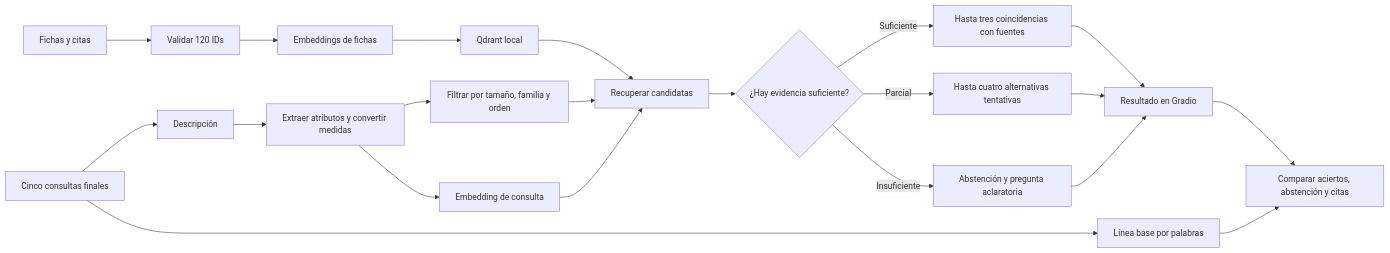
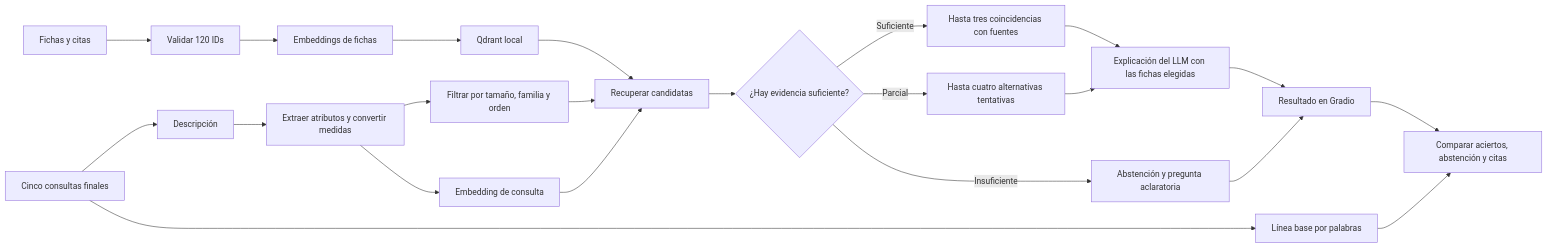
Before and after one commit to JulianJ07/RAG_Detector_Ave: the first of 2 diagrams in README.md, drawn with Mermaid. The commit also changed other lines of this file and 19 other files, not shown here.

````diff
--- a/README.md
+++ b/README.md
@@ -47,23 +45,24 @@
 ```mermaid
 flowchart LR
     A["Fichas y citas"] --> B["Validar 120 IDs"]
     B --> C["Embeddings de fichas"]
     C --> D["Qdrant local"]
     U["Descripción"] --> E["Extraer atributos y convertir medidas"]
     E --> F["Filtrar por tamaño, familia y orden"]
     E --> Q["Embedding de consulta"]
     F --> G["Recuperar candidatas"]
     Q --> G
     D --> G
     G --> H{"¿Hay evidencia suficiente?"}
     H -->|Suficiente| I["Hasta tres coincidencias con fuentes"]
     H -->|Parcial| T["Hasta cuatro alternativas tentativas"]
     H -->|Insuficiente| J["Abstención y pregunta aclaratoria"]
-    I --> V["Resultado en Gradio"]
-    T --> V
+    I --> X["Explicación del LLM con las fichas elegidas"]
+    T --> X
+    X --> V["Resultado en Gradio"]
     J --> V
     K["Cinco consultas finales"] --> U
     K --> L["Línea base por palabras"]
     V --> R["Comparar aciertos, abstención y citas"]
     L --> R
 ```
````
